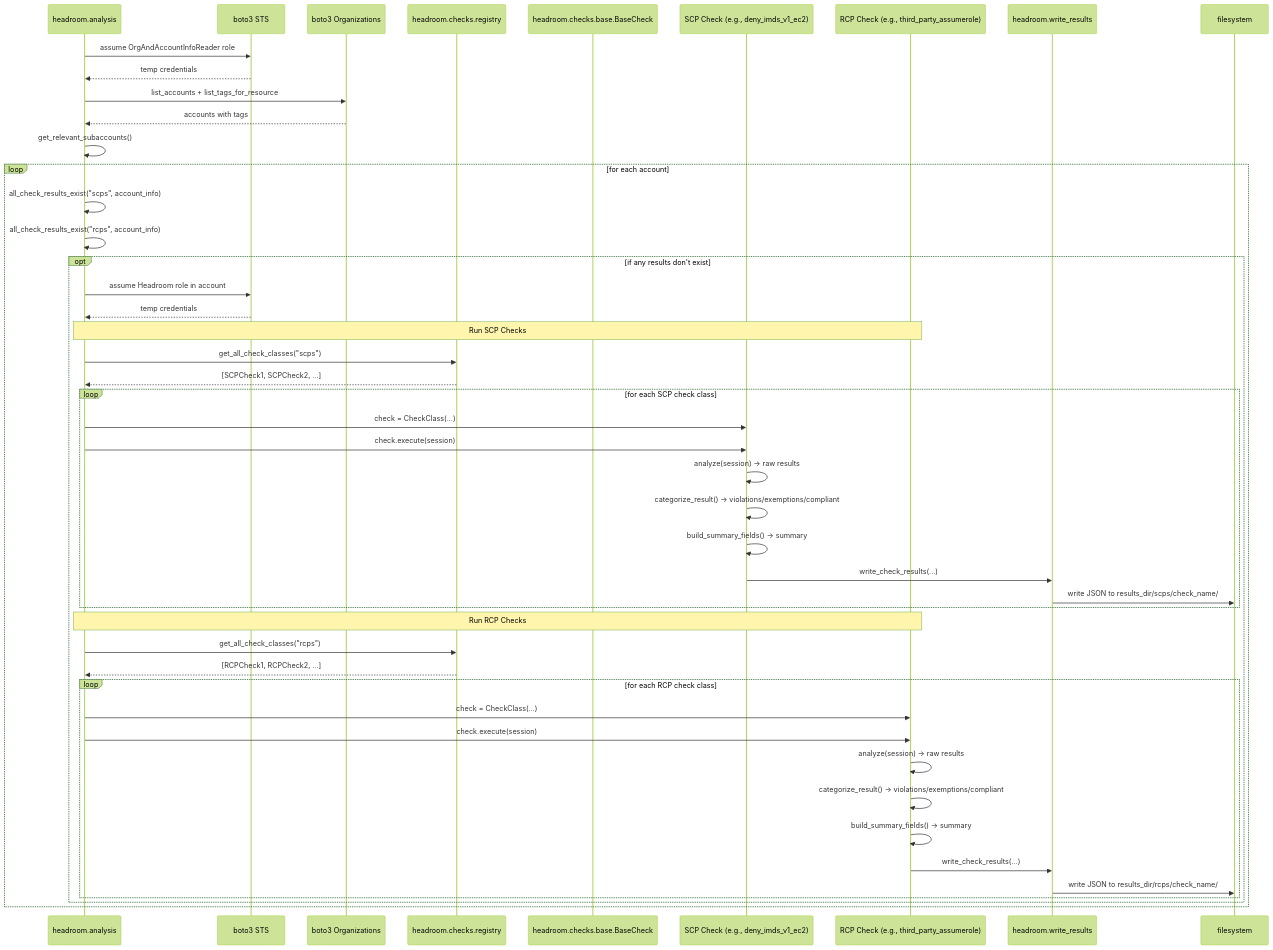
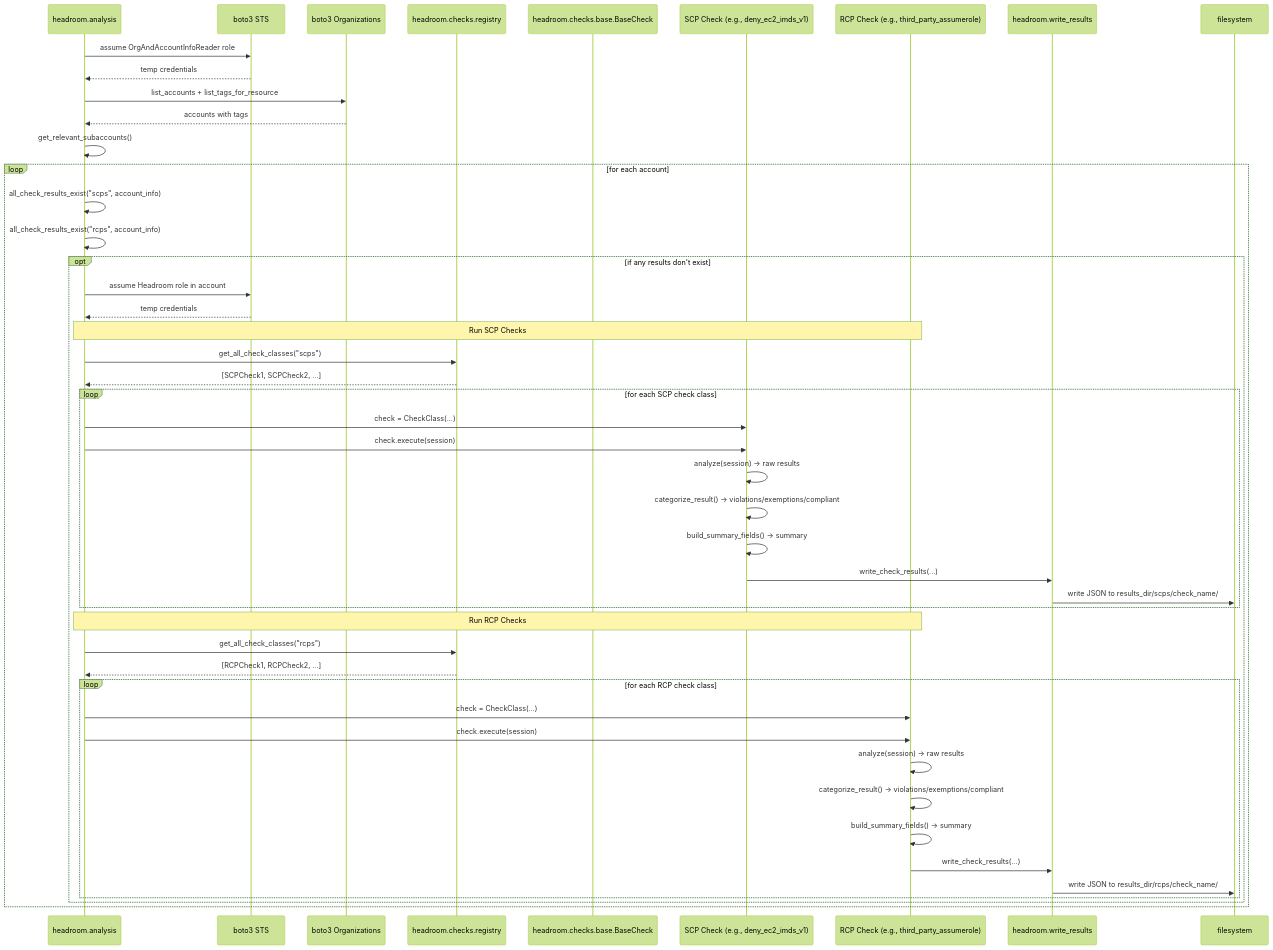
One commit to discocrayon/Headroom changed the second of 4 diagrams in documentation/mermaid_diagrams/sequences.md. Above: the diagram before and after it, drawn with Mermaid (forest theme). The commit also changed 33 other files, not shown here.

First line of the commit message:
Rename deny_imds_v1_ec2 to deny_ec2_imds_v1 and update documentation like @HOW_TO_ADD_A_CHECK.md  to enforce `deny_{AWS_service}_{specific_check}` naming convention.

````diff
--- a/documentation/mermaid_diagrams/sequences.md
+++ b/documentation/mermaid_diagrams/sequences.md
@@ -51,52 +51,52 @@
 ```mermaid
 sequenceDiagram
   participant Analysis as headroom.analysis
   participant STS as boto3 STS
   participant Orgs as boto3 Organizations
   participant Registry as headroom.checks.registry
   participant BaseCheck as headroom.checks.base.BaseCheck
-  participant SCPCheck as SCP Check (e.g., deny_imds_v1_ec2)
+  participant SCPCheck as SCP Check (e.g., deny_ec2_imds_v1)
   participant RCPCheck as RCP Check (e.g., third_party_assumerole)
   participant WriteResults as headroom.write_results
   participant FS as filesystem
 
   Analysis->>STS: assume OrgAndAccountInfoReader role
   STS-->>Analysis: temp credentials
   Analysis->>Orgs: list_accounts + list_tags_for_resource
   Orgs-->>Analysis: accounts with tags
   Analysis->>Analysis: get_relevant_subaccounts()
   loop for each account
     Analysis->>Analysis: all_check_results_exist("scps", account_info)
     Analysis->>Analysis: all_check_results_exist("rcps", account_info)
     opt if any results don't exist
       Analysis->>STS: assume Headroom role in account
       STS-->>Analysis: temp credentials
 
       Note over Analysis,RCPCheck: Run SCP Checks
       Analysis->>Registry: get_all_check_classes("scps")
       Registry-->>Analysis: [SCPCheck1, SCPCheck2, ...]
       loop for each SCP check class
         Analysis->>SCPCheck: check = CheckClass(...)
         Analysis->>SCPCheck: check.execute(session)
         SCPCheck->>SCPCheck: analyze(session) -> raw results
         SCPCheck->>SCPCheck: categorize_result() -> violations/exemptions/compliant
         SCPCheck->>SCPCheck: build_summary_fields() -> summary
         SCPCheck->>WriteResults: write_check_results(...)
         WriteResults->>FS: write JSON to results_dir/scps/check_name/
       end
 
       Note over Analysis,RCPCheck: Run RCP Checks
       Analysis->>Registry: get_all_check_classes("rcps")
       Registry-->>Analysis: [RCPCheck1, RCPCheck2, ...]
       loop for each RCP check class
         Analysis->>RCPCheck: check = CheckClass(...)
         Analysis->>RCPCheck: check.execute(session)
         RCPCheck->>RCPCheck: analyze(session) -> raw results
         RCPCheck->>RCPCheck: categorize_result() -> violations/exemptions/compliant
         RCPCheck->>RCPCheck: build_summary_fields() -> summary
         RCPCheck->>WriteResults: write_check_results(...)
         WriteResults->>FS: write JSON to results_dir/rcps/check_name/
       end
     end
   end
 ```
````
